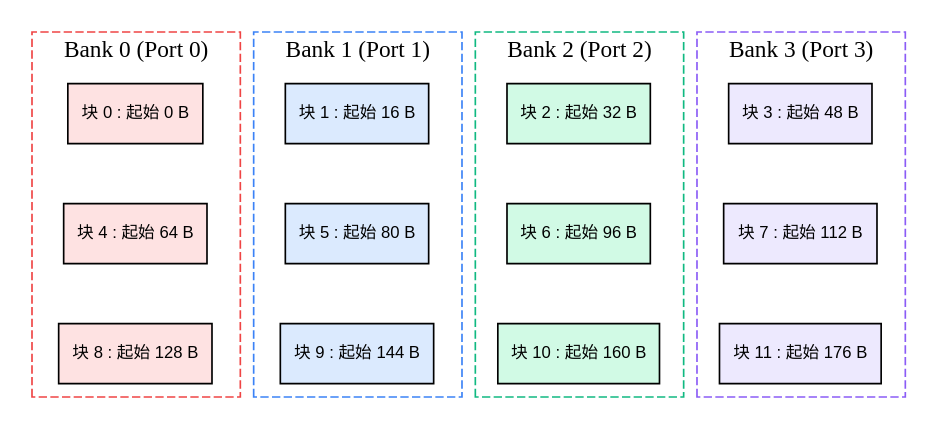
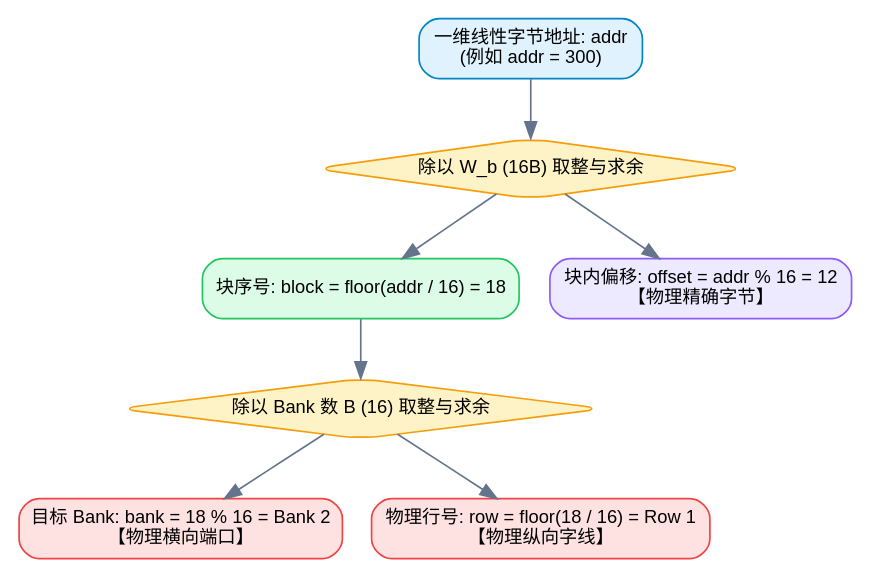
One commit to hqu-little-boy/blog changed the fourth of 13 diagrams in src/content/posts/npu-memory-architecture-ag-bank-conflict-and-convolution-stride-guide.md. Above: the diagram before and after it, drawn with Graphviz. The commit also changed other lines of this file, not shown here.

Commit message:
docs(post): expand with Banked SRAM 3D address mapping, broadcast mechanism, and fixed-stride gcd law

````diff
--- a/src/content/posts/npu-memory-architecture-ag-bank-conflict-and-convolution-stride-guide.md
+++ b/src/content/posts/npu-memory-architecture-ag-bank-conflict-and-convolution-stride-guide.md
@@ -158,46 +224,24 @@
 ```graphviz
-digraph BankLayout {
+digraph AddressMapping {
     rankdir=TB;
-    node [fontname="Helvetica,Arial,sans-serif", fontsize=10, shape=rect, style="filled"];
+    node [fontname="Helvetica,Arial,sans-serif", fontsize=11, shape=rect, style="rounded,filled", fillcolor="#f8fafc", color="#94a3b8"];
+    edge [fontname="Helvetica,Arial,sans-serif", fontsize=10, color="#64748b"];
 
-    subgraph cluster_bank0 {
-        label = "Bank 0 (Port 0)";
-        style = dashed;
-        color = "#ef4444";
-        b0_r0 [label="块 0 : 起始 0 B", fillcolor="#fee2e2"];
-        b0_r1 [label="块 4 : 起始 64 B", fillcolor="#fee2e2"];
-        b0_r2 [label="块 8 : 起始 128 B", fillcolor="#fee2e2"];
-        b0_r0 -> b0_r1 -> b0_r2 [style=invis];
-    }
+    addr [label="一维线性字节地址: addr\n(例如 addr = 300)", fillcolor="#e0f2fe", color="#0284c7"];
 
-    subgraph cluster_bank1 {
-        label = "Bank 1 (Port 1)";
-        style = dashed;
-        color = "#3b82f6";
-        b1_r0 [label="块 1 : 起始 16 B", fillcolor="#dbeafe"];
-        b1_r1 [label="块 5 : 起始 80 B", fillcolor="#dbeafe"];
-        b1_r2 [label="块 9 : 起始 144 B", fillcolor="#dbeafe"];
-        b1_r0 -> b1_r1 -> b1_r2 [style=invis];
-    }
+    split1 [label="除以 W_b (16B) 取整与求余", shape=diamond, fillcolor="#fef3c7", color="#f59e0b"];
+    block [label="块序号: block = floor(addr / 16) = 18", fillcolor="#dcfce7", color="#22c55e"];
+    offset [label="块内偏移: offset = addr % 16 = 12\n【物理精确字节】", fillcolor="#ede9fe", color="#8b5cf6"];
 
-    subgraph cluster_bank2 {
-        label = "Bank 2 (Port 2)";
-        style = dashed;
-        color = "#10b981";
-        b2_r0 [label="块 2 : 起始 32 B", fillcolor="#d1fae5"];
-        b2_r1 [label="块 6 : 起始 96 B", fillcolor="#d1fae5"];
-        b2_r2 [label="块 10 : 起始 160 B", fillcolor="#d1fae5"];
-        b2_r0 -> b2_r1 -> b2_r2 [style=invis];
-    }
+    split2 [label="除以 Bank 数 B (16) 取整与求余", shape=diamond, fillcolor="#fef3c7", color="#f59e0b"];
+    bank [label="目标 Bank: bank = 18 % 16 = Bank 2\n【物理横向端口】", fillcolor="#fee2e2", color="#ef4444"];
+    row [label="物理行号: row = floor(18 / 16) = Row 1\n【物理纵向字线】", fillcolor="#fee2e2", color="#ef4444"];
 
-    subgraph cluster_bank3 {
-        label = "Bank 3 (Port 3)";
-        style = dashed;
-        color = "#8b5cf6";
-        b3_r0 [label="块 3 : 起始 48 B", fillcolor="#ede9fe"];
-        b3_r1 [label="块 7 : 起始 112 B", fillcolor="#ede9fe"];
-        b3_r2 [label="块 11 : 起始 176 B", fillcolor="#ede9fe"];
-        b3_r0 -> b3_r1 -> b3_r2 [style=invis];
-    }
+    addr -> split1;
+    split1 -> block;
+    split1 -> offset;
+    block -> split2;
+    split2 -> bank;
+    split2 -> row;
 }
 ```
````
